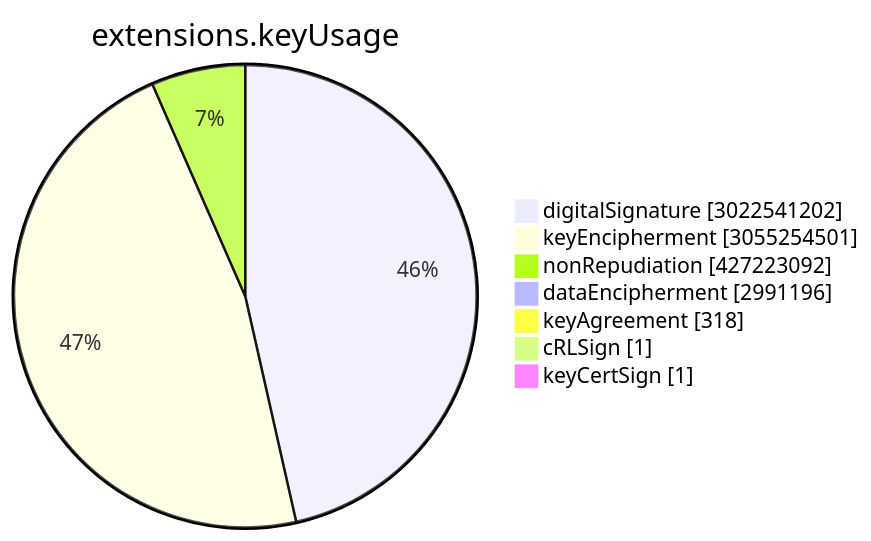
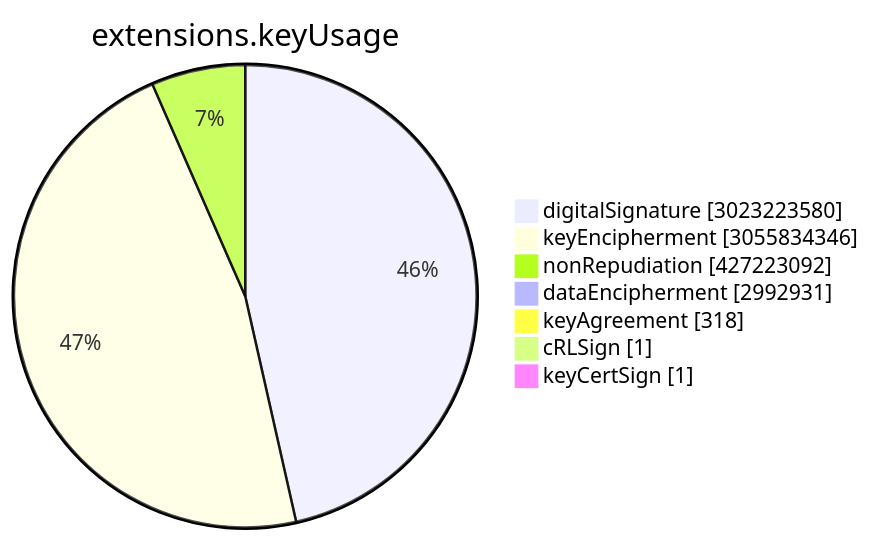
Before and after one commit to christiankrug/ctmonitor_visualization: the sixth of 15 diagrams in TOTAL/README.md, drawn with Mermaid. The commit also changed other lines of this file, not shown here.

````diff
--- a/TOTAL/README.md
+++ b/TOTAL/README.md
@@ -3075,11 +3075,11 @@
 ```mermaid
 pie showData
 title extensions.keyUsage
-"digitalSignature" :3022541202
-"keyEncipherment" :3055254501
+"digitalSignature" :3023223580
+"keyEncipherment" :3055834346
 "nonRepudiation" :427223092
-"dataEncipherment" :2991196
+"dataEncipherment" :2992931
 "keyAgreement" :318
 "cRLSign" :1
 "keyCertSign" :1
 ```
````
